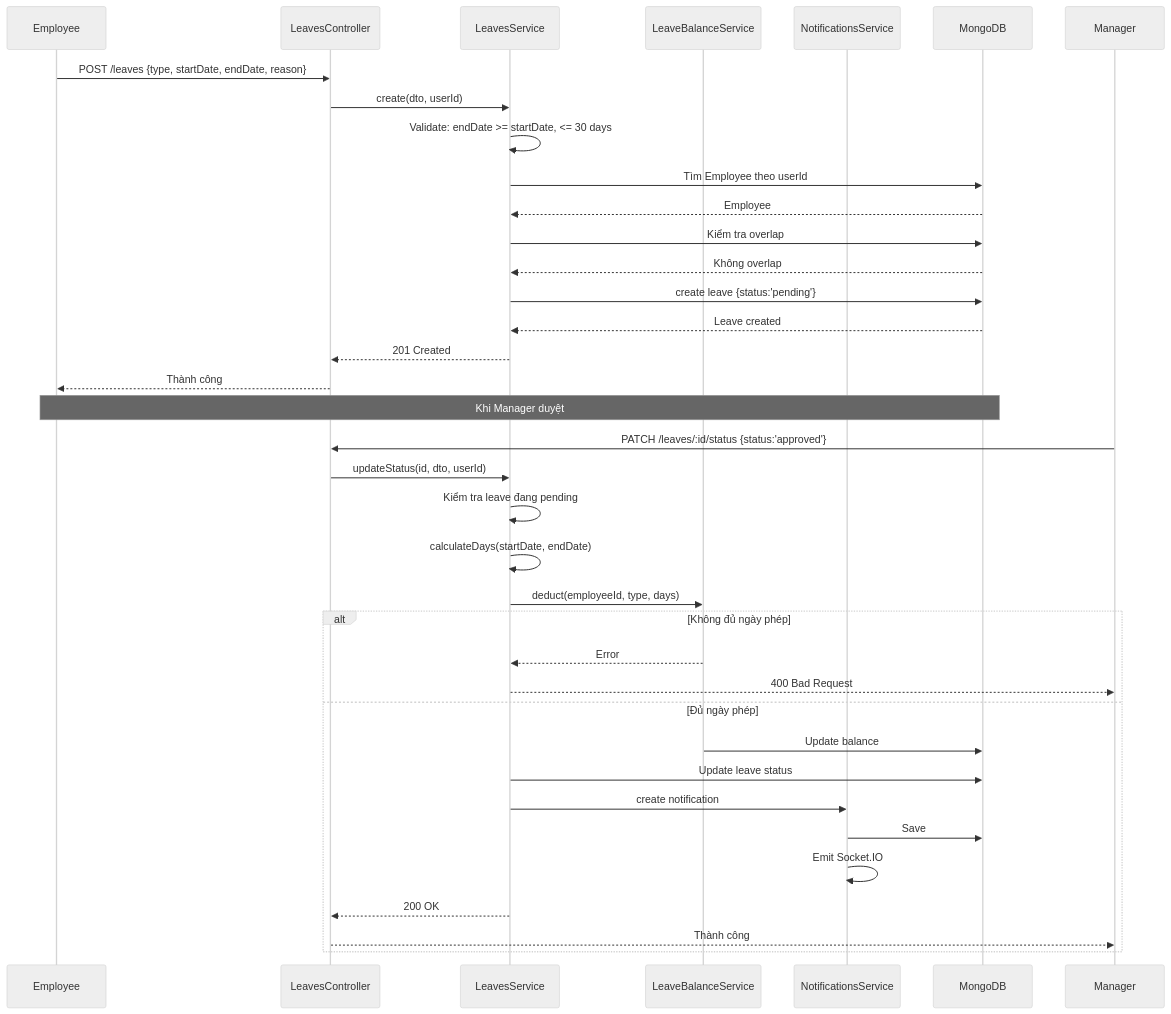
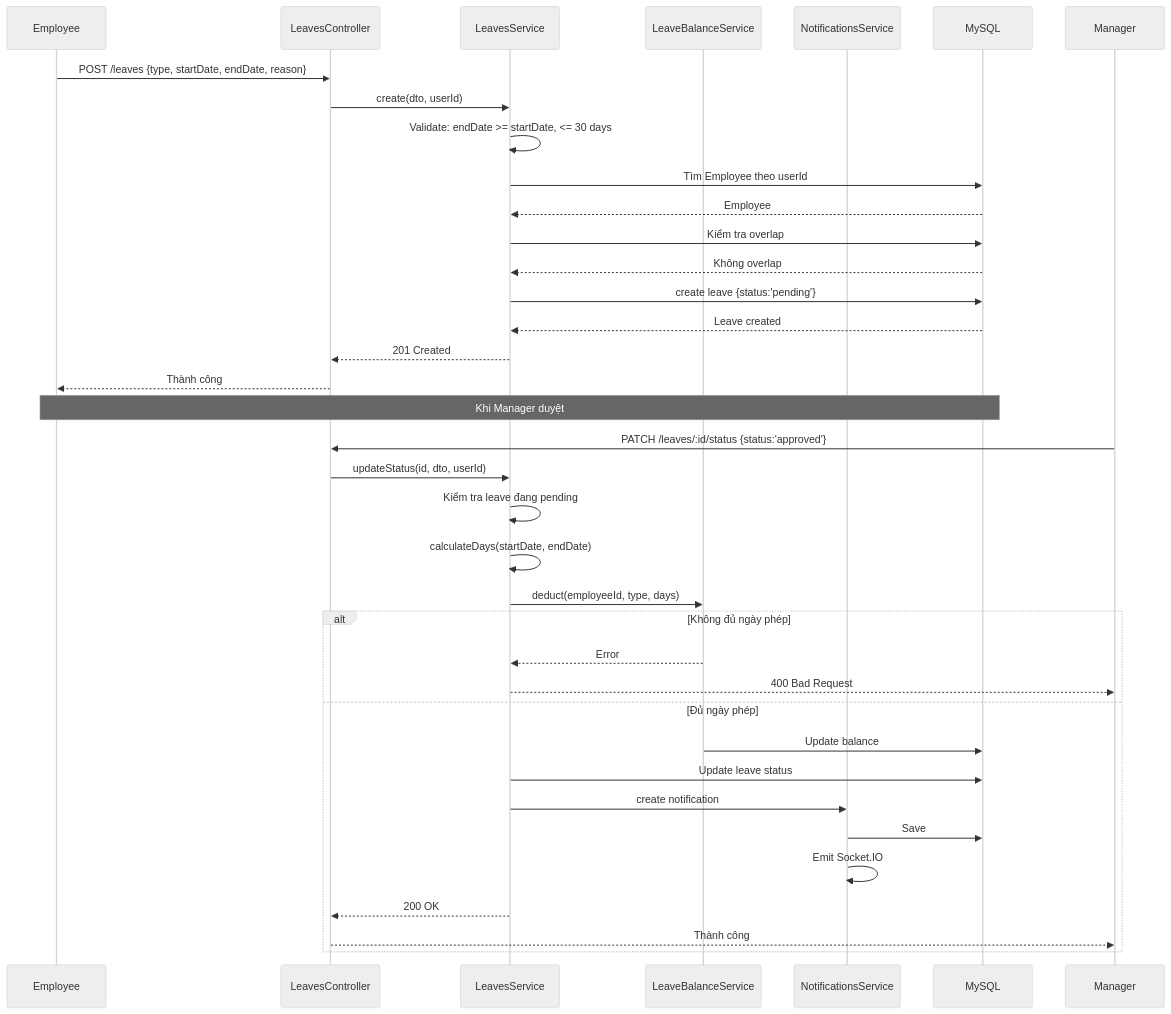
Before and after one commit to nghiaxh/hr-management: diagram 16 of 24 in docs/SDD.md, drawn with Mermaid (neutral theme). The commit also changed other lines of this file and 4 other files, not shown here.

````diff
--- a/docs/SDD.md
+++ b/docs/SDD.md
@@ -934,40 +935,40 @@
 ```mermaid
 sequenceDiagram
     participant E as Employee
     participant C as LeavesController
     participant S as LeavesService
     participant LB as LeaveBalanceService
     participant N as NotificationsService
-    participant DB as MongoDB
+    participant DB as MySQL
 
     E->>C: POST /leaves {type, startDate, endDate, reason}
     C->>S: create(dto, userId)
     S->>S: Validate: endDate >= startDate, <= 30 days
     S->>DB: Tìm Employee theo userId
     DB-->>S: Employee
     S->>DB: Kiểm tra overlap
     DB-->>S: Không overlap
     S->>DB: create leave {status:'pending'}
     DB-->>S: Leave created
     S-->>C: 201 Created
     C-->>E: Thành công
 
     Note over E,DB: Khi Manager duyệt
     Manager->>C: PATCH /leaves/:id/status {status:'approved'}
     C->>S: updateStatus(id, dto, userId)
     S->>S: Kiểm tra leave đang pending
     S->>S: calculateDays(startDate, endDate)
     S->>LB: deduct(employeeId, type, days)
     alt Không đủ ngày phép
         LB-->>S: Error
         S-->>Manager: 400 Bad Request
     else Đủ ngày phép
         LB->>DB: Update balance
         S->>DB: Update leave status
         S->>N: create notification
         N->>DB: Save
         N->>N: Emit Socket.IO
         S-->>C: 200 OK
         C-->>Manager: Thành công
     end
 ```
````
